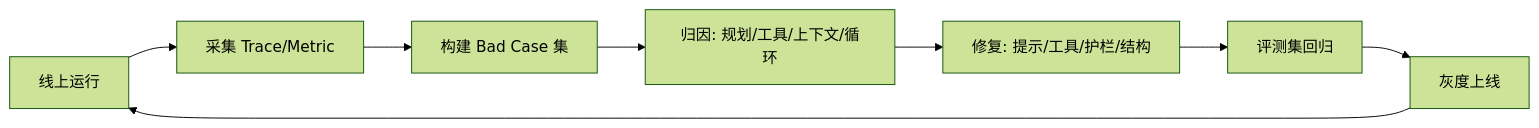
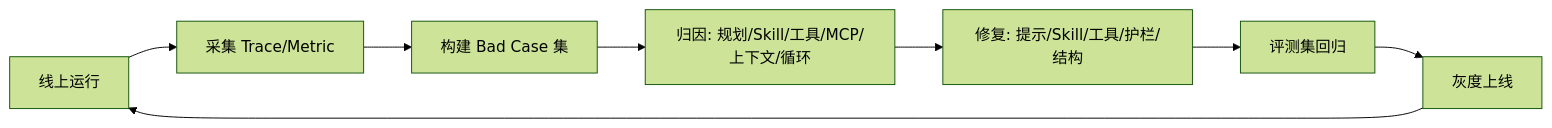
One commit to tclxtommy-hu/tclxtommy-hu.github.io changed the fourth of 4 diagrams in posts/AI/Agent开发知识/13-进阶与工程化/04-可观测性与LLMOps.md. Above: the diagram before and after it, drawn with Mermaid (forest theme). The commit also changed other lines of this file and 13 other files, not shown here.

````diff
--- a/posts/AI/Agent开发知识/13-进阶与工程化/04-可观测性与LLMOps.md
+++ b/posts/AI/Agent开发知识/13-进阶与工程化/04-可观测性与LLMOps.md
@@ -65,10 +288,10 @@
 ```mermaid
 flowchart LR
     A[线上运行] --> B[采集 Trace/Metric]
     B --> C[构建 Bad Case 集]
-    C --> D[归因: 规划/工具/上下文/循环]
-    D --> E[修复: 提示/工具/护栏/结构]
+    C --> D[归因: 规划/Skill/工具/MCP/上下文/循环]
+    D --> E[修复: 提示/Skill/工具/护栏/结构]
     E --> F[评测集回归]
     F --> G[灰度上线]
     G --> A
 ```
````
